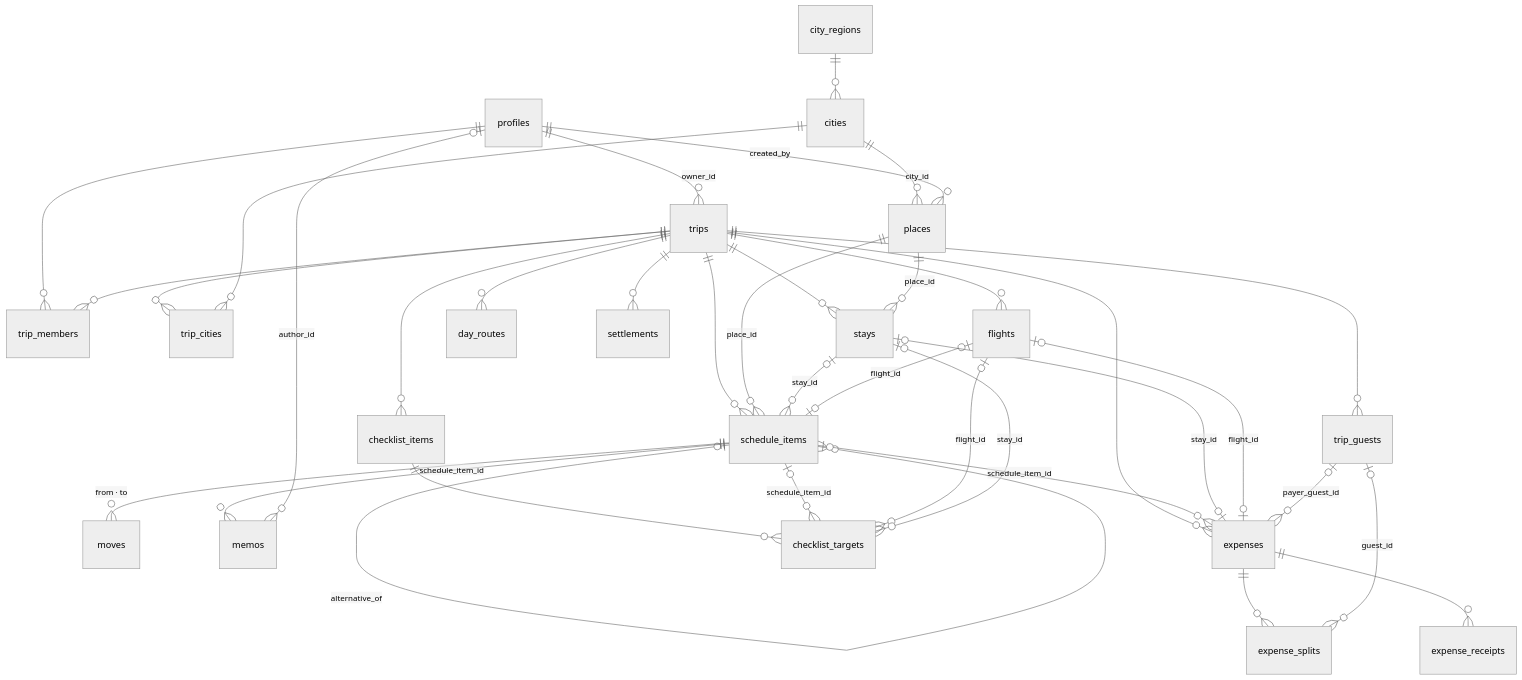
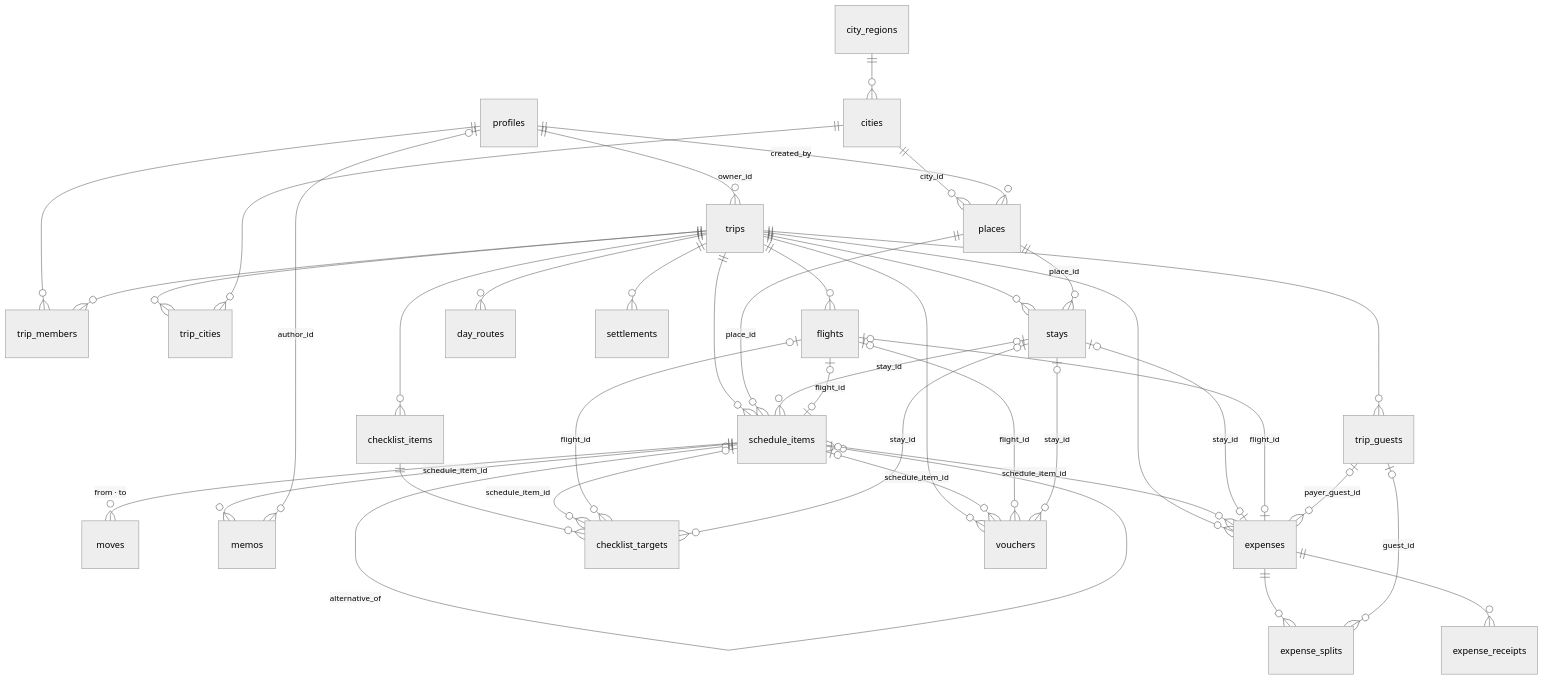
Before and after one commit to JayeHa/tripmate: the diagram in docs/policies/data-model.md, drawn with Mermaid (neutral theme). The commit also changed other lines of this file and 27 other files, not shown here.

````diff
--- a/docs/policies/data-model.md
+++ b/docs/policies/data-model.md
@@ -22,38 +22,42 @@
 ```mermaid
 erDiagram
   profiles ||--o{ trips : "owner_id"
   profiles ||--o{ trip_members : ""
   trips ||--o{ trip_members : ""
   trips ||--o{ trip_cities : ""
   cities ||--o{ trip_cities : ""
   city_regions ||--o{ cities : ""
   cities ||--o{ places : "city_id"
   profiles ||--o{ places : "created_by"
   trips ||--o{ schedule_items : ""
   places ||--o{ schedule_items : "place_id"
   trips ||--o{ stays : ""
   places ||--o{ stays : "place_id"
   stays |o--o{ schedule_items : "stay_id"
   trips ||--o{ flights : ""
   flights |o--o| schedule_items : "flight_id"
   schedule_items |o--o{ schedule_items : "alternative_of"
   schedule_items ||--o{ moves : "from · to"
   schedule_items ||--o{ memos : "schedule_item_id"
   profiles |o--o{ memos : "author_id"
   trips ||--o{ day_routes : ""
   trips ||--o{ expenses : ""
   schedule_items |o--o{ expenses : "schedule_item_id"
   stays |o--o| expenses : "stay_id"
   flights |o--o| expenses : "flight_id"
   trips ||--o{ checklist_items : ""
   checklist_items ||--o{ checklist_targets : ""
   schedule_items |o--o{ checklist_targets : "schedule_item_id"
   flights |o--o{ checklist_targets : "flight_id"
   stays |o--o{ checklist_targets : "stay_id"
+  trips ||--o{ vouchers : ""
+  schedule_items |o--o{ vouchers : "schedule_item_id"
+  flights |o--o{ vouchers : "flight_id"
+  stays |o--o{ vouchers : "stay_id"
   expenses ||--o{ expense_splits : ""
   trip_guests |o--o{ expenses : "payer_guest_id"
   trip_guests |o--o{ expense_splits : "guest_id"
   trips ||--o{ trip_guests : ""
   trips ||--o{ settlements : ""
   expenses ||--o{ expense_receipts : ""
 ```
````
